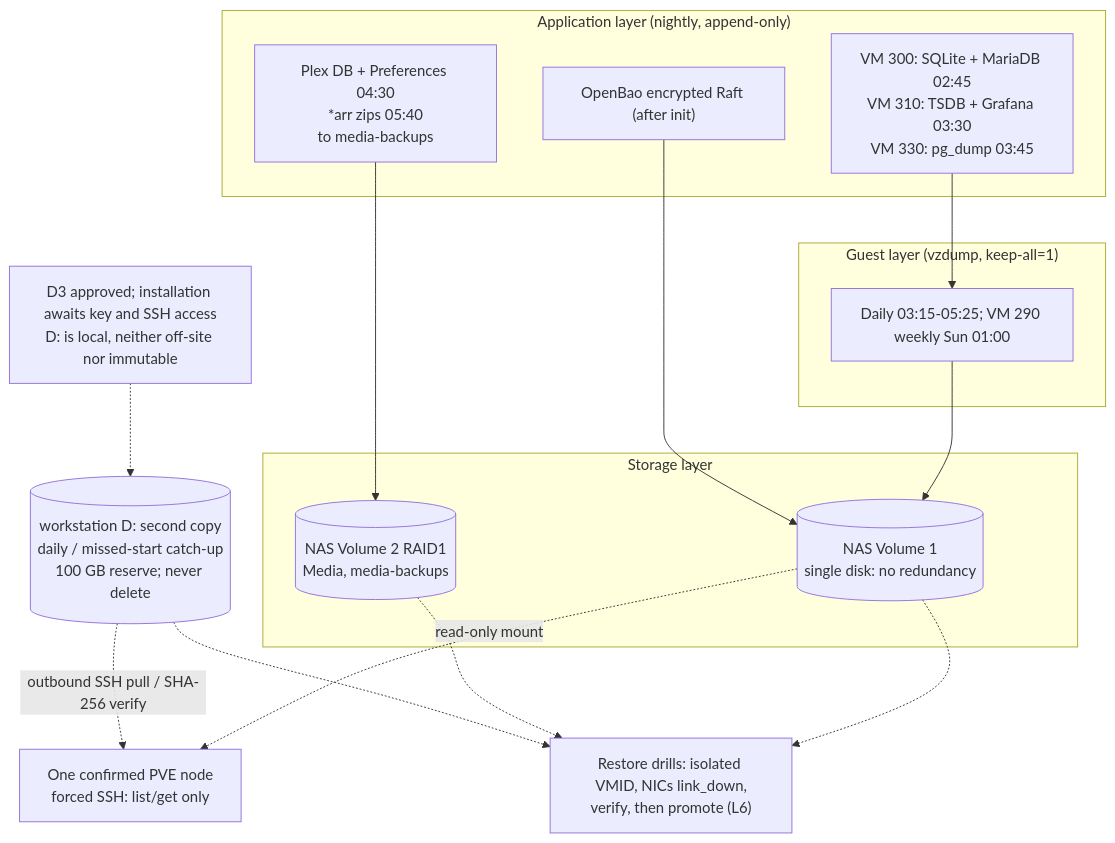
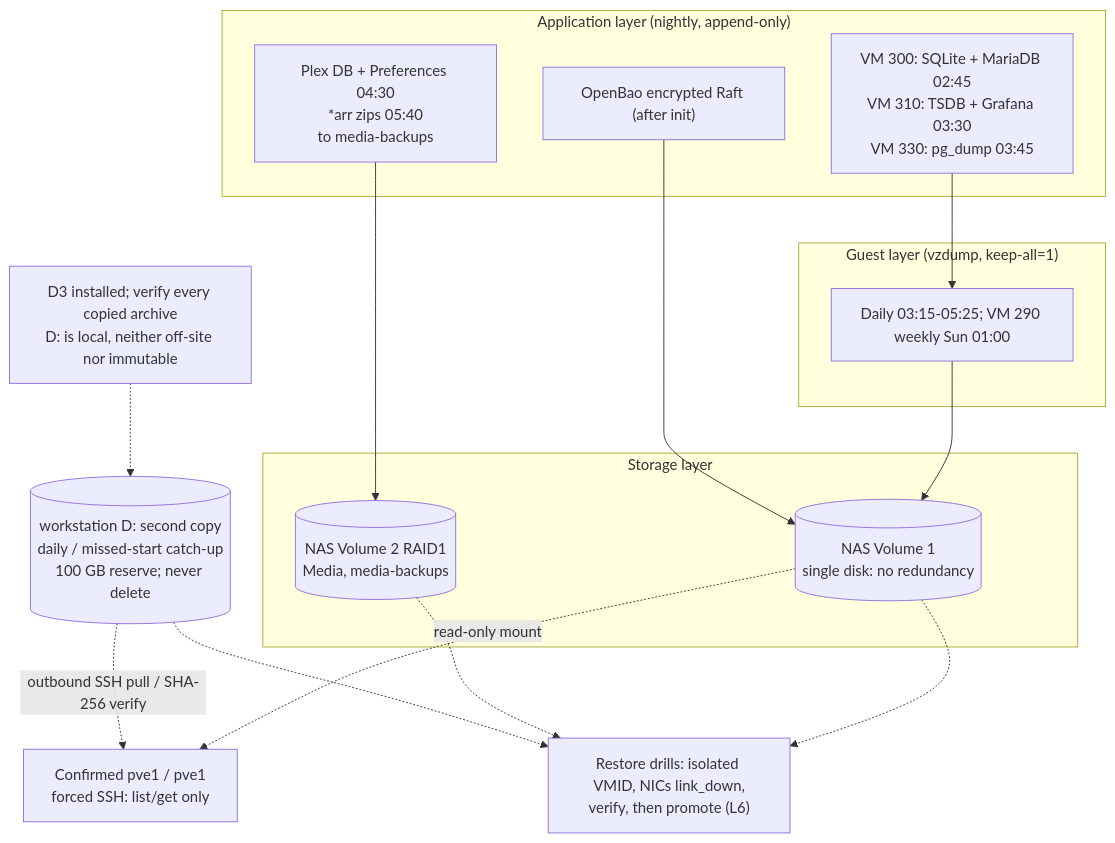
The diagram in docs/walkthrough/diagrams/14-backup-restore.mmd (alexlux58/HomeLab-Public), drawn with Mermaid before and after one commit. The commit also changed 19 other files, not shown here.

```diff
--- a/docs/walkthrough/diagrams/14-backup-restore.mmd
+++ b/docs/walkthrough/diagrams/14-backup-restore.mmd
@@ -1,24 +1,24 @@
 flowchart TB
   subgraph app["Application layer (nightly, append-only)"]
     apps["VM 300: SQLite + MariaDB 02:45<br/>VM 310: TSDB + Grafana 03:30<br/>VM 330: pg_dump 03:45"]
     media["Plex DB + Preferences 04:30<br/>*arr zips 05:40<br/>to media-backups"]
     abao["OpenBao encrypted Raft (after init)"]
   end
   subgraph vm["Guest layer (vzdump, keep-all=1)"]
     vz["Daily 03:15-05:25; VM 290 weekly Sun 01:00"]
   end
   subgraph store["Storage layer"]
     v1[("NAS Volume 1<br/>single disk: no redundancy")]
     v2[("NAS Volume 2 RAID1<br/>Media, media-backups")]
   end
   apps --> vz --> v1
   media --> v2
   abao --> v1
-  reader["One confirmed PVE node<br/>forced SSH: list/get only"]
+  reader["Confirmed pve1 / pve1<br/>forced SSH: list/get only"]
   tower[("workstation D: second copy<br/>daily / missed-start catch-up<br/>100 GB reserve; never delete")]
   v1 -. read-only mount .-> reader
   tower -. outbound SSH pull / SHA-256 verify .-> reader
-  Note["D3 approved; installation awaits key and SSH access<br/>D: is local, neither off-site nor immutable"]
+  Note["D3 installed; verify every copied archive<br/>D: is local, neither off-site nor immutable"]
   Note -.-> tower
   restore["Restore drills: isolated VMID, NICs link_down,<br/>verify, then promote (L6)"]
   v1 & v2 & tower -.-> restore
```
